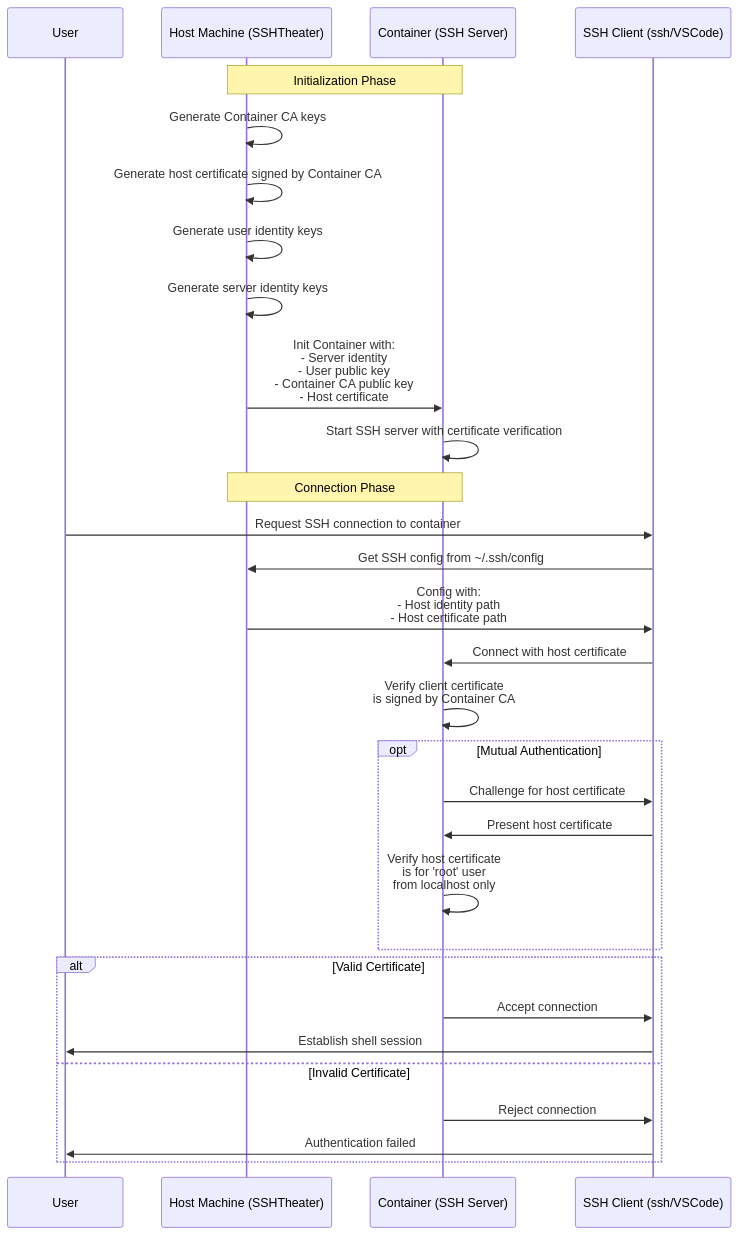
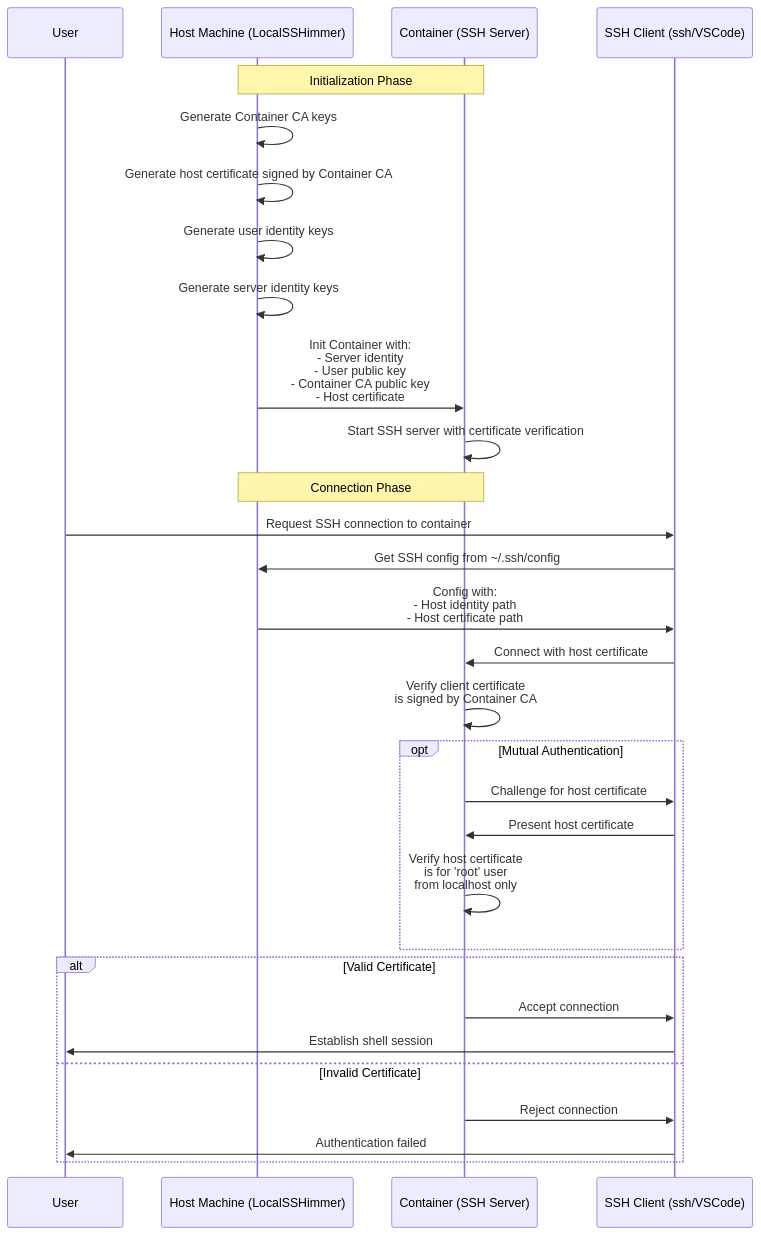
Before and after one commit to vrischmann/sketch: the diagram in loop/server/local_ssh.md, drawn with Mermaid. The commit also changed other lines of this file, not shown here.

First line of the commit message:
sketch: update local_ssh.md to replace SSHTheater with LocalSSHimmer

````diff
--- a/loop/server/local_ssh.md
+++ b/loop/server/local_ssh.md
@@ -14,41 +14,41 @@
 ```mermaid
 sequenceDiagram
     participant User
-    participant Host as Host Machine (SSHTheater)
+    participant Host as Host Machine (LocalSSHimmer)
     participant Container as Container (SSH Server)
     participant Client as SSH Client (ssh/VSCode)
 
     %% Setup phase
     Note over Host,Container: Initialization Phase
     Host->>Host: Generate Container CA keys
     Host->>Host: Generate host certificate signed by Container CA
     Host->>Host: Generate user identity keys
     Host->>Host: Generate server identity keys
     Host->>Container: Init Container with:<br/>- Server identity<br/>- User public key<br/>- Container CA public key<br/>- Host certificate
     Container->>Container: Start SSH server with certificate verification
 
     %% Connection phase
     Note over Host,Container: Connection Phase
     User->>Client: Request SSH connection to container
     
     Client->>Host: Get SSH config from ~/.ssh/config
     Host->>Client: Config with:<br/>- Host identity path<br/>- Host certificate path
     
     Client->>Container: Connect with host certificate
     
     Container->>Container: Verify client certificate<br/>is signed by Container CA
     
     opt Mutual Authentication
         Container->>Client: Challenge for host certificate
         Client->>Container: Present host certificate
         Container->>Container: Verify host certificate<br/>is for 'root' user<br/>from localhost only
     end
     
     alt Valid Certificate
         Container->>Client: Accept connection
         Client->>User: Establish shell session
     else Invalid Certificate
         Container->>Client: Reject connection
         Client->>User: Authentication failed
     end
 ```
````
